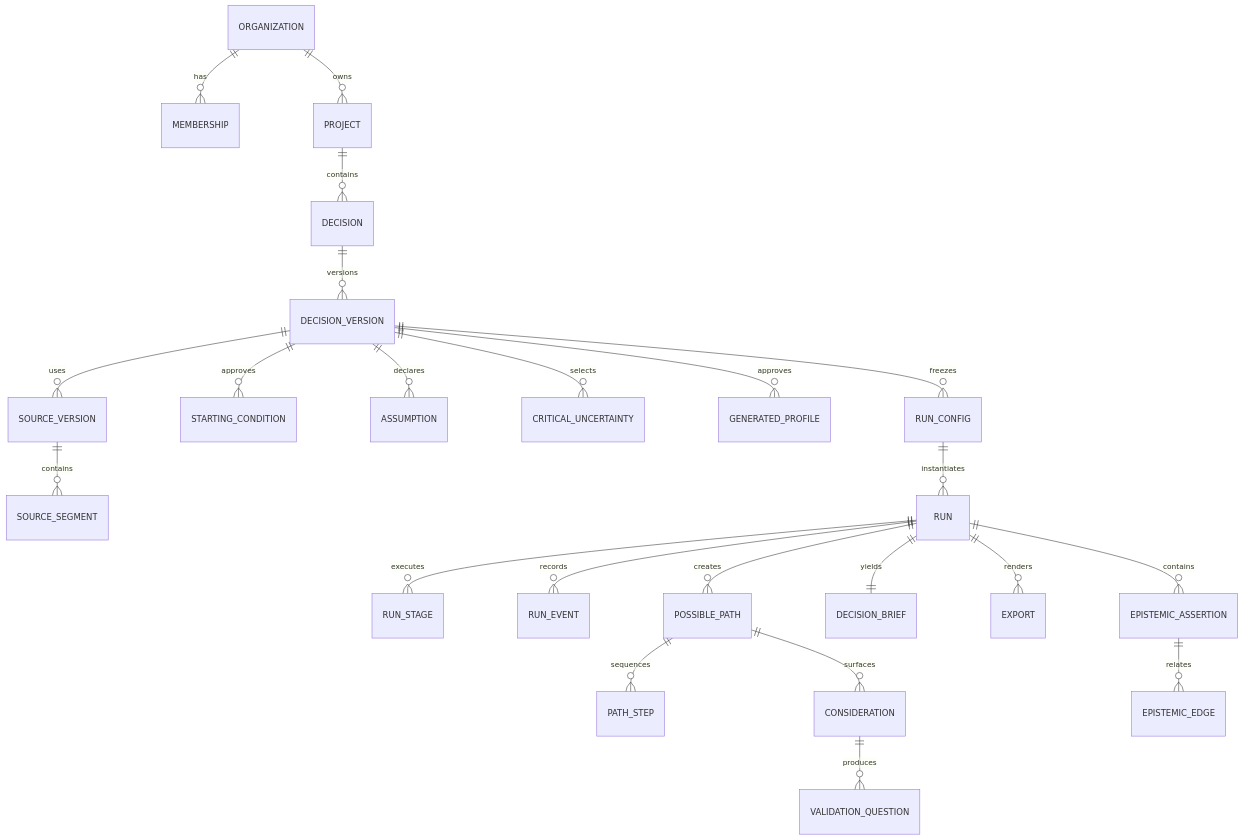
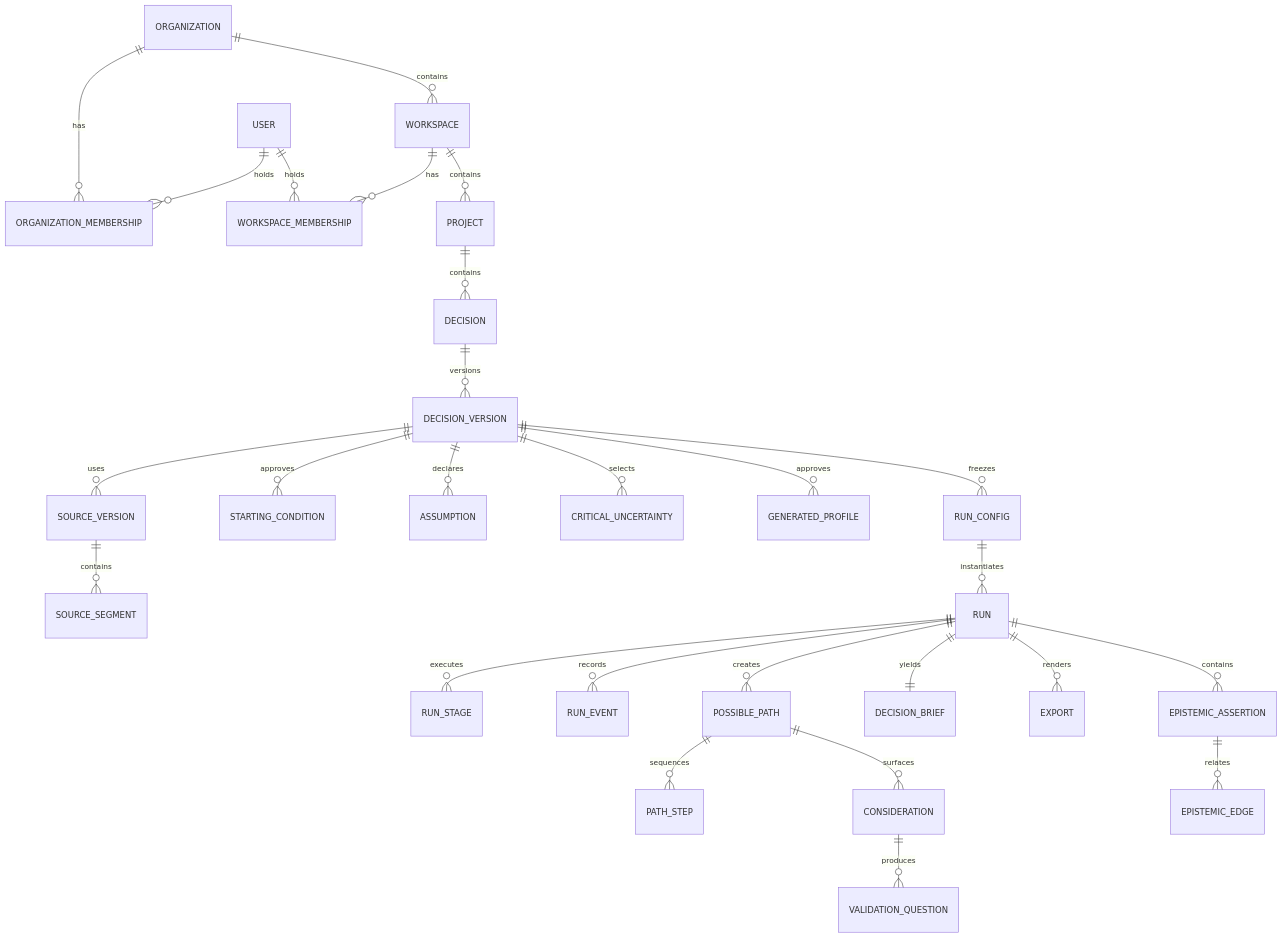
Before and after one commit to sergey9519546/ASKTHEPEOPLE: the diagram in docs/architecture/data-model.md, drawn with Mermaid. The commit also changed other lines of this file and 10 other files, not shown here.

````diff
--- a/docs/architecture/data-model.md
+++ b/docs/architecture/data-model.md
@@ -57,25 +81,29 @@
 ```mermaid
 erDiagram
-  ORGANIZATION ||--o{ MEMBERSHIP : has
-  ORGANIZATION ||--o{ PROJECT : owns
+  ORGANIZATION ||--o{ ORGANIZATION_MEMBERSHIP : has
+  ORGANIZATION ||--o{ WORKSPACE : contains
+  USER ||--o{ ORGANIZATION_MEMBERSHIP : holds
+  WORKSPACE ||--o{ WORKSPACE_MEMBERSHIP : has
+  USER ||--o{ WORKSPACE_MEMBERSHIP : holds
+  WORKSPACE ||--o{ PROJECT : contains
   PROJECT ||--o{ DECISION : contains
   DECISION ||--o{ DECISION_VERSION : versions
   DECISION_VERSION ||--o{ SOURCE_VERSION : uses
   SOURCE_VERSION ||--o{ SOURCE_SEGMENT : contains
   DECISION_VERSION ||--o{ STARTING_CONDITION : approves
   DECISION_VERSION ||--o{ ASSUMPTION : declares
   DECISION_VERSION ||--o{ CRITICAL_UNCERTAINTY : selects
   DECISION_VERSION ||--o{ GENERATED_PROFILE : approves
   DECISION_VERSION ||--o{ RUN_CONFIG : freezes
   RUN_CONFIG ||--o{ RUN : instantiates
   RUN ||--o{ RUN_STAGE : executes
   RUN ||--o{ RUN_EVENT : records
   RUN ||--o{ POSSIBLE_PATH : creates
   POSSIBLE_PATH ||--o{ PATH_STEP : sequences
   POSSIBLE_PATH ||--o{ CONSIDERATION : surfaces
   CONSIDERATION ||--o{ VALIDATION_QUESTION : produces
   RUN ||--|| DECISION_BRIEF : yields
   RUN ||--o{ EXPORT : renders
   RUN ||--o{ EPISTEMIC_ASSERTION : contains
   EPISTEMIC_ASSERTION ||--o{ EPISTEMIC_EDGE : relates
 ```
````
